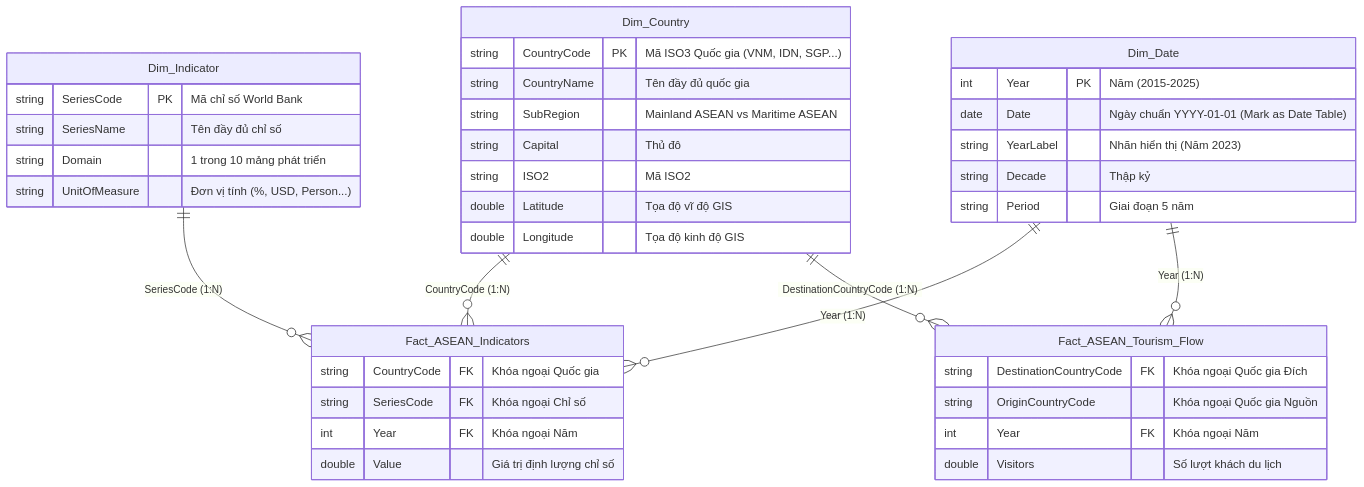
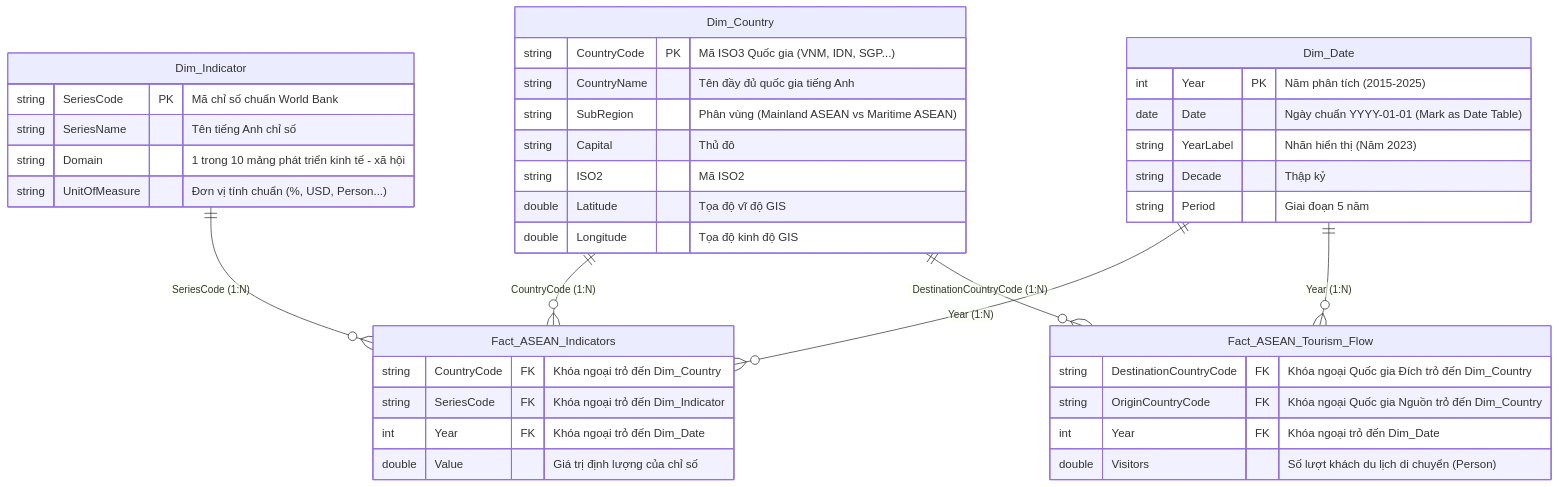
Before and after one commit to Thehy-IT/capstone-asean_overview_analysis: the diagram in README.md, drawn with Mermaid. The commit also changed other lines of this file and 110 other files, not shown here.

First line of the commit message:
Add unit tests for ASEAN data pipeline and update README for project overview and structure

````diff
--- a/README.md
+++ b/README.md
@@ -95,47 +129,47 @@
 ```mermaid
 erDiagram
     Dim_Country ||--o{ Fact_ASEAN_Indicators : "CountryCode (1:N)"
     Dim_Indicator ||--o{ Fact_ASEAN_Indicators : "SeriesCode (1:N)"
     Dim_Date ||--o{ Fact_ASEAN_Indicators : "Year (1:N)"
     Dim_Country ||--o{ Fact_ASEAN_Tourism_Flow : "DestinationCountryCode (1:N)"
     Dim_Date ||--o{ Fact_ASEAN_Tourism_Flow : "Year (1:N)"
 
     Dim_Country {
         string CountryCode PK "Mã ISO3 Quốc gia (VNM, IDN, SGP...)"
-        string CountryName "Tên đầy đủ quốc gia"
-        string SubRegion "Mainland ASEAN vs Maritime ASEAN"
+        string CountryName "Tên đầy đủ quốc gia tiếng Anh"
+        string SubRegion "Phân vùng (Mainland ASEAN vs Maritime ASEAN)"
         string Capital "Thủ đô"
         string ISO2 "Mã ISO2"
         double Latitude "Tọa độ vĩ độ GIS"
         double Longitude "Tọa độ kinh độ GIS"
     }
 
     Dim_Indicator {
-        string SeriesCode PK "Mã chỉ số World Bank"
-        string SeriesName "Tên đầy đủ chỉ số"
-        string Domain "1 trong 10 mảng phát triển"
-        string UnitOfMeasure "Đơn vị tính (%, USD, Person...)"
+        string SeriesCode PK "Mã chỉ số chuẩn World Bank"
+        string SeriesName "Tên tiếng Anh chỉ số"
+        string Domain "1 trong 10 mảng phát triển kinh tế - xã hội"
+        string UnitOfMeasure "Đơn vị tính chuẩn (%, USD, Person...)"
     }
 
     Dim_Date {
-        int Year PK "Năm (2015-2025)"
+        int Year PK "Năm phân tích (2015-2025)"
         date Date "Ngày chuẩn YYYY-01-01 (Mark as Date Table)"
         string YearLabel "Nhãn hiển thị (Năm 2023)"
         string Decade "Thập kỷ"
         string Period "Giai đoạn 5 năm"
     }
 
     Fact_ASEAN_Indicators {
-        string CountryCode FK "Khóa ngoại Quốc gia"
-        string SeriesCode FK "Khóa ngoại Chỉ số"
-        int Year FK "Khóa ngoại Năm"
-        double Value "Giá trị định lượng chỉ số"
+        string CountryCode FK "Khóa ngoại trỏ đến Dim_Country"
+        string SeriesCode FK "Khóa ngoại trỏ đến Dim_Indicator"
+        int Year FK "Khóa ngoại trỏ đến Dim_Date"
+        double Value "Giá trị định lượng của chỉ số"
     }
 
     Fact_ASEAN_Tourism_Flow {
-        string DestinationCountryCode FK "Khóa ngoại Quốc gia Đích"
-        string OriginCountryCode "Khóa ngoại Quốc gia Nguồn"
-        int Year FK "Khóa ngoại Năm"
-        double Visitors "Số lượt khách du lịch"
+        string DestinationCountryCode FK "Khóa ngoại Quốc gia Đích trỏ đến Dim_Country"
+        string OriginCountryCode FK "Khóa ngoại Quốc gia Nguồn trỏ đến Dim_Country"
+        int Year FK "Khóa ngoại trỏ đến Dim_Date"
+        double Visitors "Số lượt khách du lịch di chuyển (Person)"
     }
 ```
````
